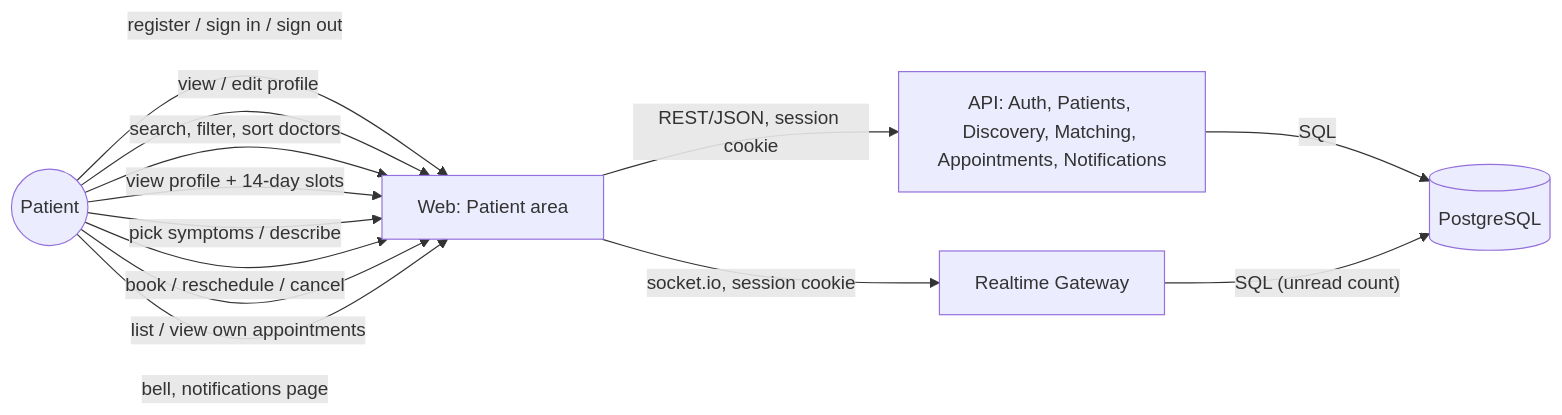
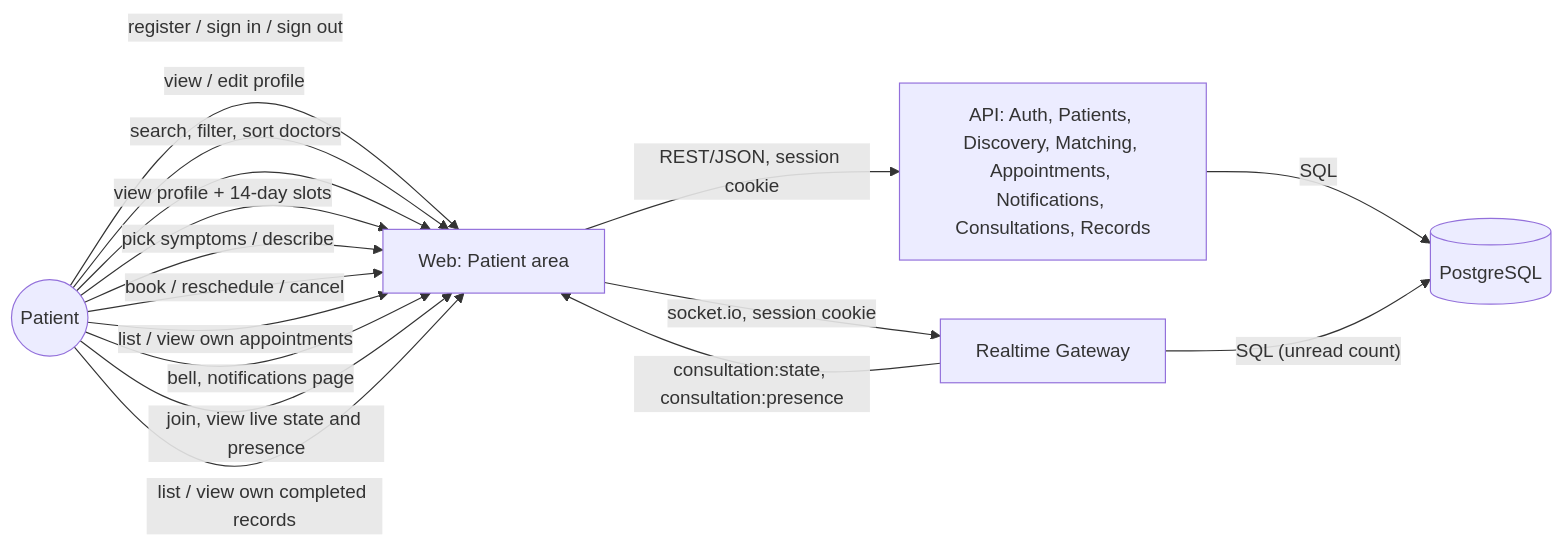
The second of 3 diagrams in docs/modules/patient.md (alhexjustine/telehealth), drawn with Mermaid before and after one commit. The commit also changed other lines of this file and 76 other files, not shown here.

First line of the commit message:
feat: add consultation workspace and medical records (add-consultations-and-records)

````diff
--- a/docs/modules/patient.md
+++ b/docs/modules/patient.md
@@ -121,15 +146,18 @@
 ```mermaid
 flowchart LR
   P((Patient)) -->|"register / sign in / sign out"| W[Web: Patient area]
   P -->|"view / edit profile"| W
   P -->|"search, filter, sort doctors"| W
   P -->|"view profile + 14-day slots"| W
   P -->|"pick symptoms / describe"| W
   P -->|"book / reschedule / cancel"| W
   P -->|"list / view own appointments"| W
   P -->|"bell, notifications page"| W
-  W -->|"REST/JSON, session cookie"| A["API: Auth, Patients, Discovery, Matching, Appointments, Notifications"]
+  P -->|"join, view live state and presence"| W
+  P -->|"list / view own completed records"| W
+  W -->|"REST/JSON, session cookie"| A["API: Auth, Patients, Discovery, Matching, Appointments, Notifications, Consultations, Records"]
   W -->|"socket.io, session cookie"| RT[Realtime Gateway]
   A -->|"SQL"| D[(PostgreSQL)]
   RT -->|"SQL (unread count)"| D
+  RT -->|"consultation:state, consultation:presence"| W
 ```
````
